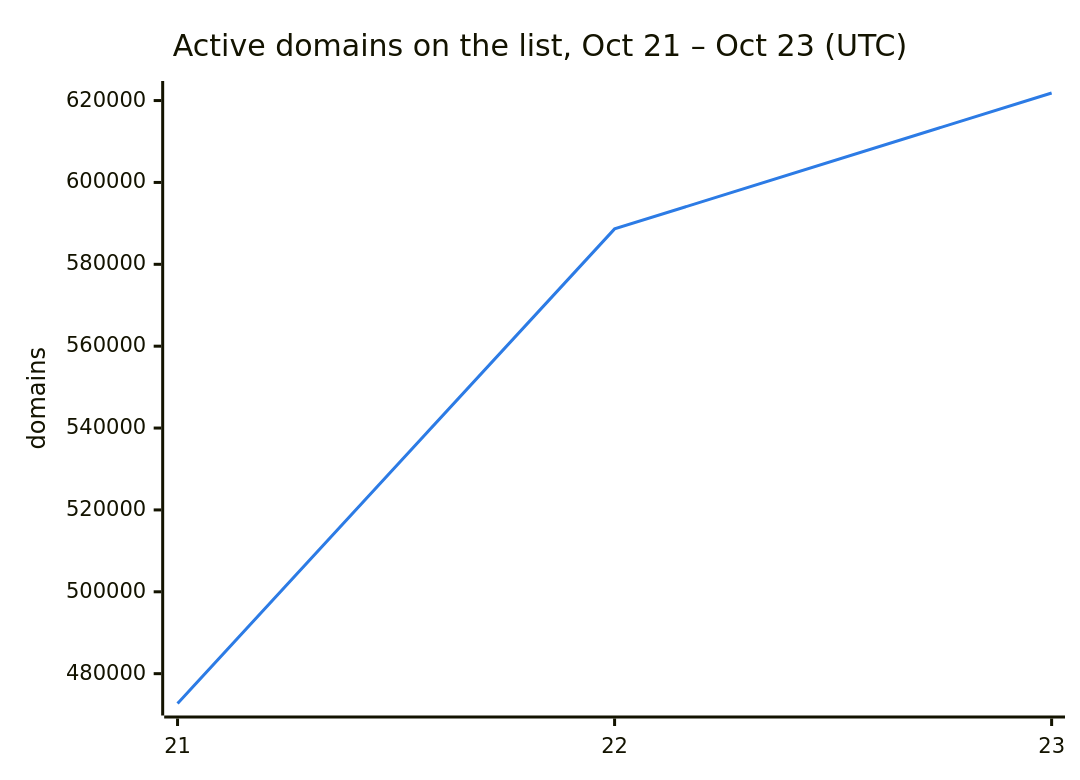
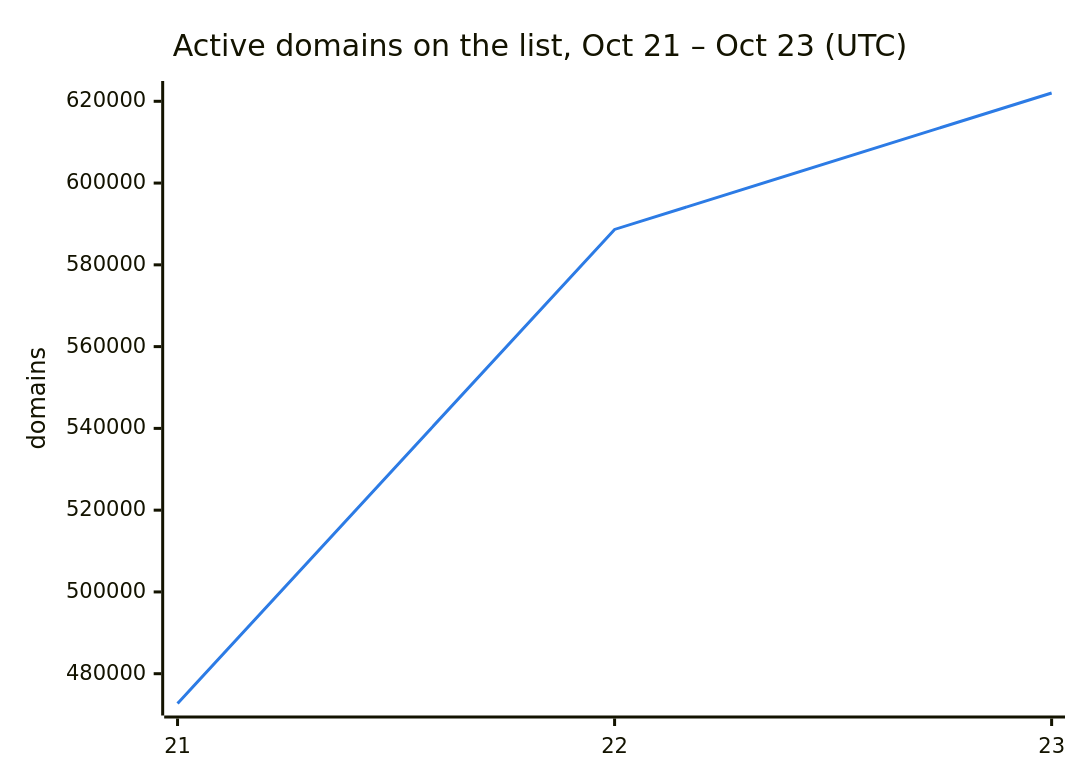
The second of 3 diagrams in README.md (DNSBunker/CTI), drawn with Mermaid before and after one commit. The commit also changed other lines of this file and 3 other files, not shown here.

````diff
--- a/README.md
+++ b/README.md
@@ -38,8 +38,8 @@
 ```mermaid
 %%{init: {"themeVariables": {"xyChart": {"plotColorPalette": "#2c7be5"}}}}%%
 xychart-beta
     title "Active domains on the list, Oct 21 – Oct 23 (UTC)"
     x-axis ["21", "22", "23"]
     y-axis "domains"
-    line [472713, 588659, 621847]
+    line [472713, 588659, 622030]
 ```
````
